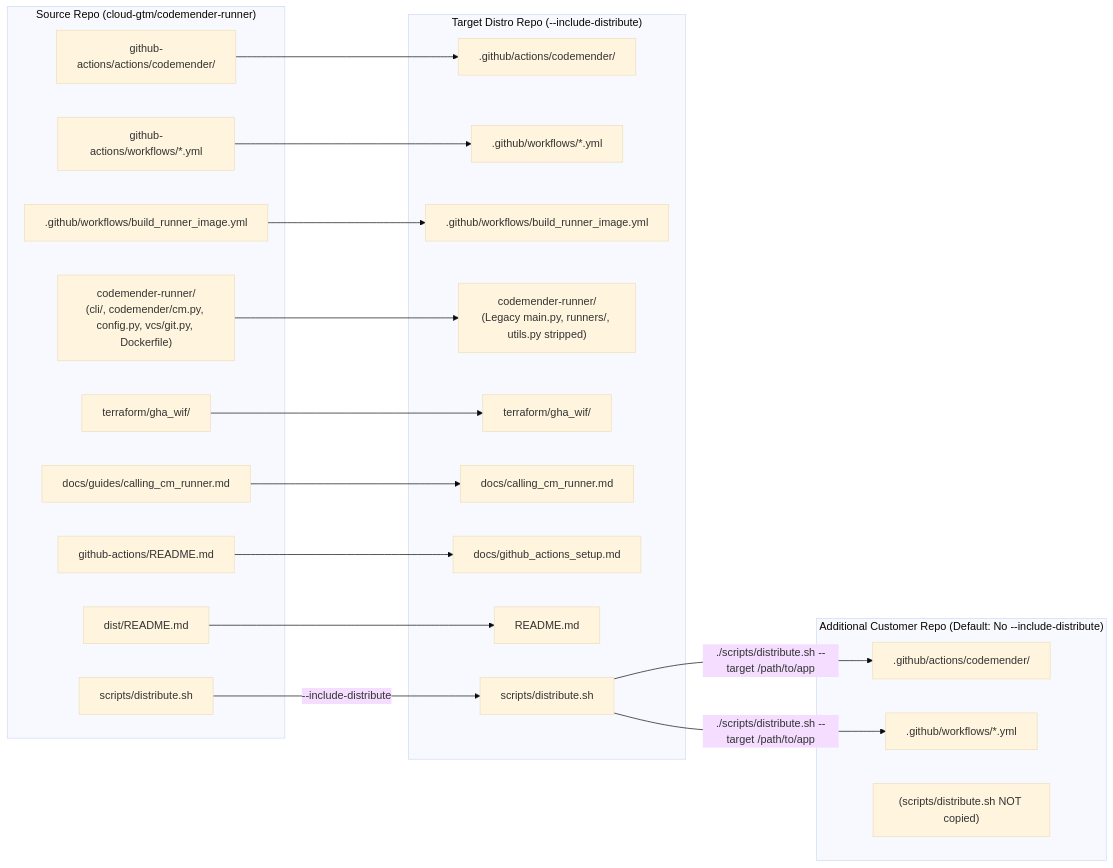
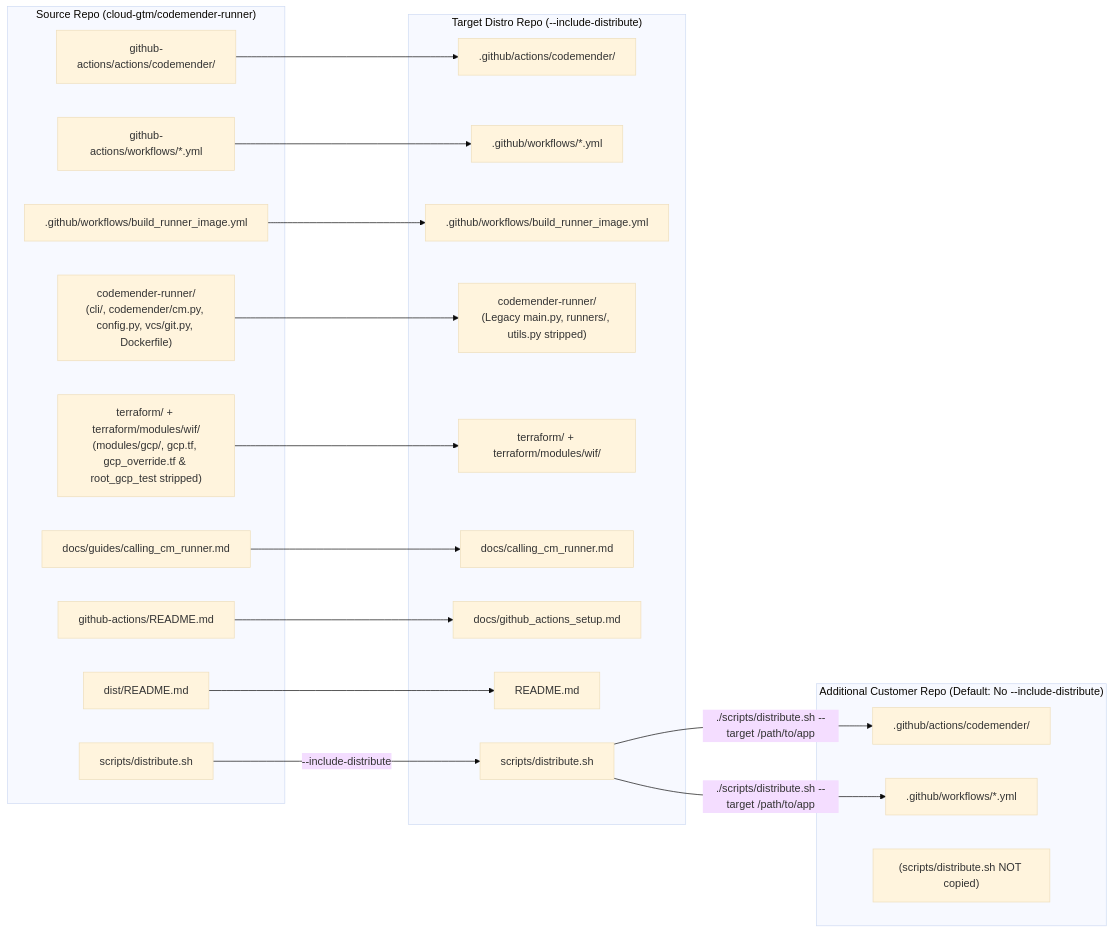
The second of 2 diagrams in docs/openspec/specs/distribute/design.md (avnit/codemender-runner-mcp), drawn with Mermaid (base theme) before and after one commit. The commit also changed other lines of this file and 5 other files, not shown here.

First line of the commit message:
Update the terraform specs to use actual modules (#40)

````diff
--- a/docs/openspec/specs/distribute/design.md
+++ b/docs/openspec/specs/distribute/design.md
@@ -267,45 +284,45 @@
 ```mermaid
 flowchart LR
     subgraph Source["Source Repo (cloud-gtm/codemender-runner)"]
         s_gha["github-actions/actions/codemender/"]
         s_wf["github-actions/workflows/*.yml"]
         s_build[".github/workflows/build_runner_image.yml"]
         s_cmr["codemender-runner/\n(cli/, codemender/cm.py, config.py, vcs/git.py, Dockerfile)"]
-        s_wif["terraform/gha_wif/"]
+        s_wif["terraform/ + terraform/modules/wif/\n(modules/gcp/, gcp.tf, gcp_override.tf & root_gcp_test stripped)"]
         s_docs1["docs/guides/calling_cm_runner.md"]
         s_docs2["github-actions/README.md"]
         s_dist_readme["dist/README.md"]
         s_dist_script["scripts/distribute.sh"]
     end
 
     subgraph Target["Target Distro Repo (--include-distribute)"]
         t_gha[".github/actions/codemender/"]
         t_wf[".github/workflows/*.yml"]
         t_build[".github/workflows/build_runner_image.yml"]
         t_cmr["codemender-runner/\n(Legacy main.py, runners/, utils.py stripped)"]
-        t_wif["terraform/gha_wif/"]
+        t_wif["terraform/ + terraform/modules/wif/"]
         t_docs1["docs/calling_cm_runner.md"]
         t_docs2["docs/github_actions_setup.md"]
         t_readme["README.md"]
         t_dist_script["scripts/distribute.sh"]
     end
 
     subgraph CustomerApp["Additional Customer Repo (Default: No --include-distribute)"]
         c_gha[".github/actions/codemender/"]
         c_wf[".github/workflows/*.yml"]
         c_no_script["(scripts/distribute.sh NOT copied)"]
     end
 
     s_gha --> t_gha
     s_wf --> t_wf
     s_build --> t_build
     s_cmr --> t_cmr
     s_wif --> t_wif
     s_docs1 --> t_docs1
     s_docs2 --> t_docs2
     s_dist_readme --> t_readme
     s_dist_script -->|"--include-distribute"| t_dist_script
 
     t_dist_script -->|"./scripts/distribute.sh --target /path/to/app"| c_gha
     t_dist_script -->|"./scripts/distribute.sh --target /path/to/app"| c_wf
 ```
````
